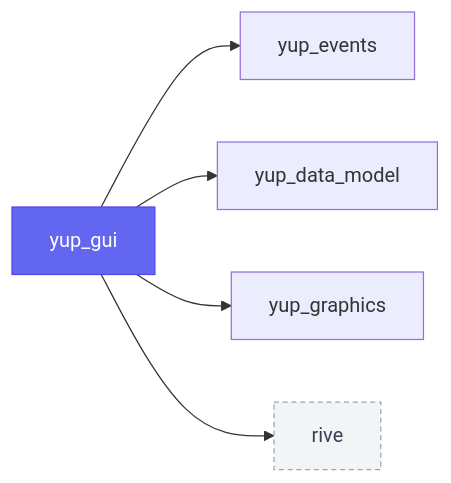
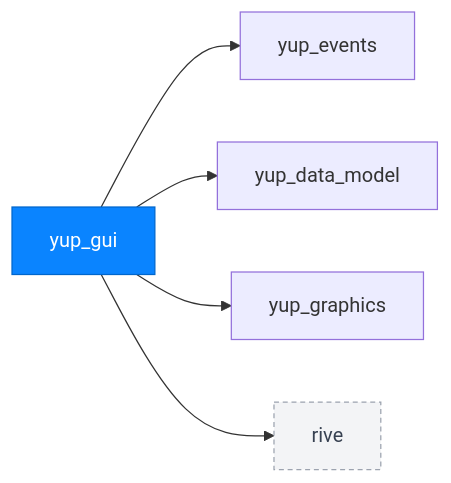
The tenth of 22 diagrams in docs/modules.md (kunitoki/yup), drawn with Mermaid before and after one commit. The commit also changed other lines of this file and 71 other files, not shown here.

````diff
--- a/docs/modules.md
+++ b/docs/modules.md
@@ -223,9 +223,9 @@
 ```mermaid
 flowchart LR
     yup_gui:::self --> yup_events
     yup_gui --> yup_data_model
     yup_gui --> yup_graphics
     yup_gui --> rive:::ext
-    classDef self fill:#6366f1,color:#fff,stroke:#4f46e5;
+    classDef self fill:#0a84ff,color:#fff,stroke:#0066cc;
     classDef ext fill:#f3f4f6,color:#374151,stroke:#9ca3af,stroke-dasharray:4 3;
 ```
````
